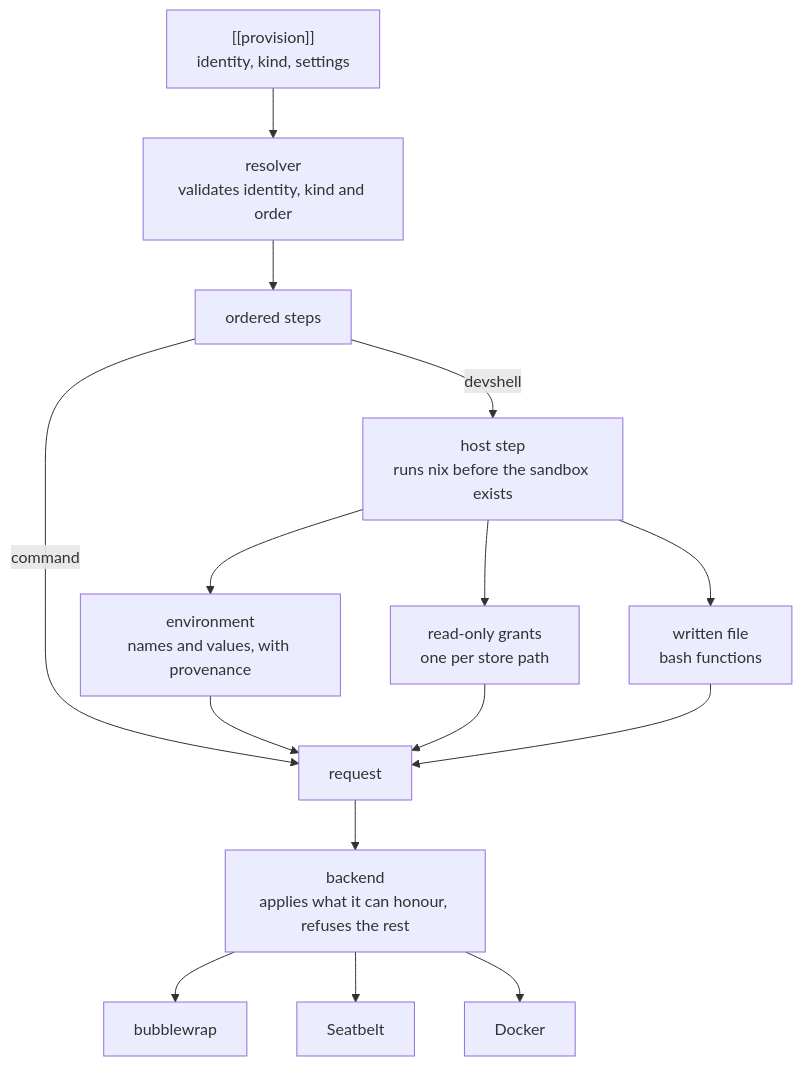
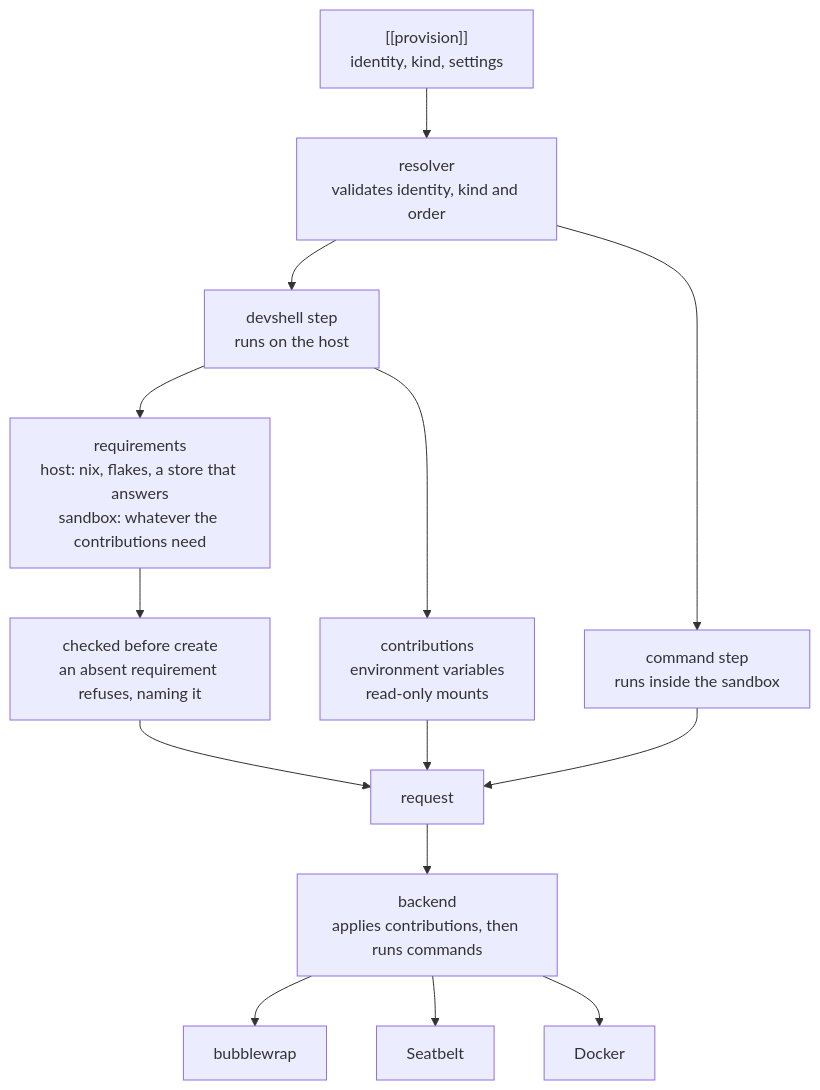
Before and after one commit to throwparty/agentkit: the first of 2 diagrams in adrs/2026-11-07-devshell-environment/spec.md, drawn with Mermaid. The commit also changed other lines of this file and 7 other files, not shown here.

First line of the commit message:
2026-11-07-devshell-environment: model two kinds, requirements and contributions

````diff
--- a/adrs/2026-11-07-devshell-environment/spec.md
+++ b/adrs/2026-11-07-devshell-environment/spec.md
@@ -57,18 +8,17 @@
 ```mermaid
 flowchart TB
     cfg["[[provision]]<br/>identity, kind, settings"] --> res["resolver<br/>validates identity, kind and order"]
-    res --> seq["ordered steps"]
-    seq -->|command| req["request"]
-    seq -->|devshell| host["host step<br/>runs nix before the sandbox exists"]
-    host --> eff1["environment<br/>names and values, with provenance"]
-    host --> eff2["read-only grants<br/>one per store path"]
-    host --> eff3["written file<br/>bash functions"]
-    eff1 --> req
-    eff2 --> req
-    eff3 --> req
-    req --> backend["backend<br/>applies what it can honour, refuses the rest"]
+    res --> cmd["command step<br/>runs inside the sandbox"]
+    res --> dev["devshell step<br/>runs on the host"]
+    dev --> req["requirements<br/>host: nix, flakes, a store that answers<br/>sandbox: whatever the contributions need"]
+    req --> check["checked before create<br/>an absent requirement refuses, naming it"]
+    dev --> con["contributions<br/>environment variables<br/>read-only mounts"]
+    check --> request["request"]
+    con --> request
+    cmd --> request
+    request --> backend["backend<br/>applies contributions, then runs commands"]
     backend --> bw["bubblewrap"]
     backend --> sb["Seatbelt"]
     backend --> dk["Docker"]
 
 ```
````
